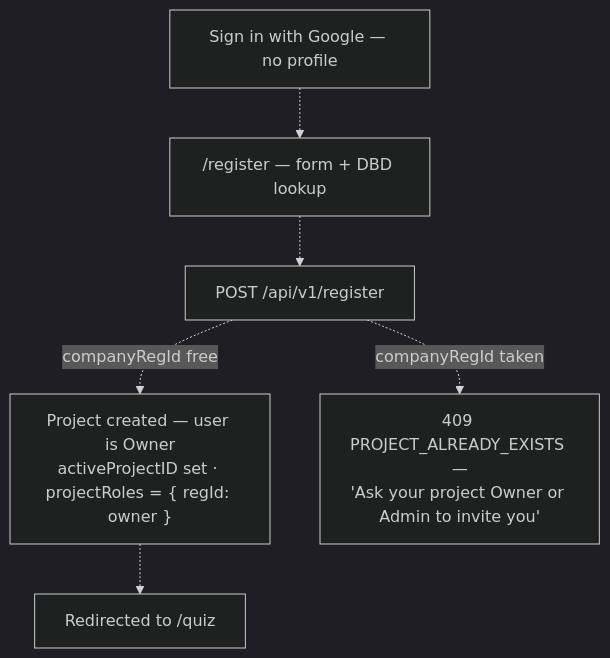
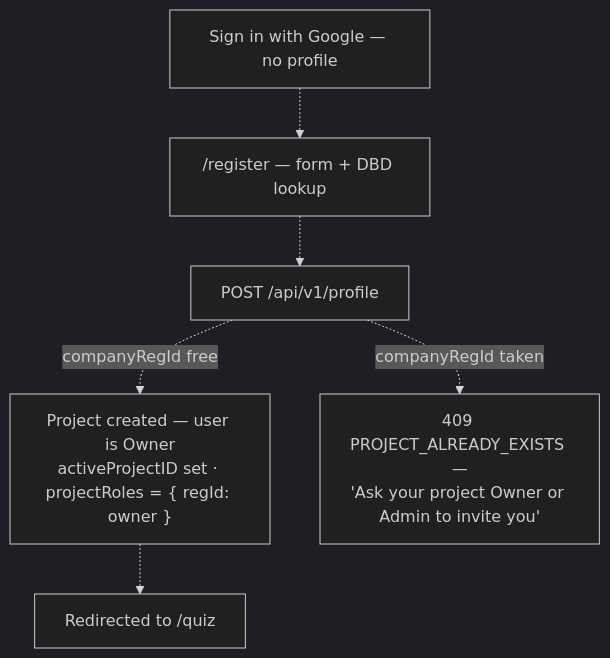
The first of 5 diagrams in docs/product/project/user-journeys.md (sathittham/factory-sync-solutions), drawn with Mermaid (dark theme) before and after one commit. The commit also changed other lines of this file and 7 other files, not shown here.

````diff
--- a/docs/product/project/user-journeys.md
+++ b/docs/product/project/user-journeys.md
@@ -25,8 +27,8 @@
 ```mermaid
 flowchart TD
     A["Sign in with Google — no profile"] -.-> B["/register — form + DBD lookup"]
-    B -.-> C["POST /api/v1/register"]
+    B -.-> C["POST /api/v1/profile"]
     C -.->|"companyRegId free"| D["Project created — user is Owner<br/>activeProjectID set · projectRoles = { regId: owner }"]
     D -.-> E["Redirected to /quiz"]
     C -.->|"companyRegId taken"| F["409 PROJECT_ALREADY_EXISTS —<br/>'Ask your project Owner or Admin to invite you'"]
 ```
````
